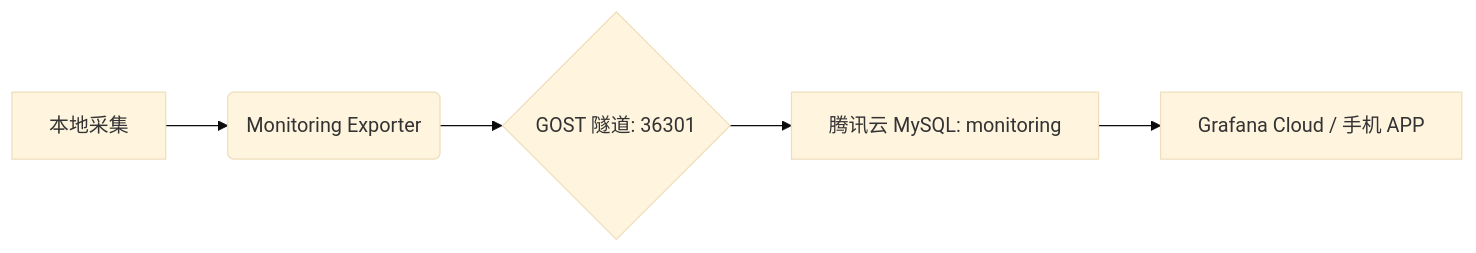
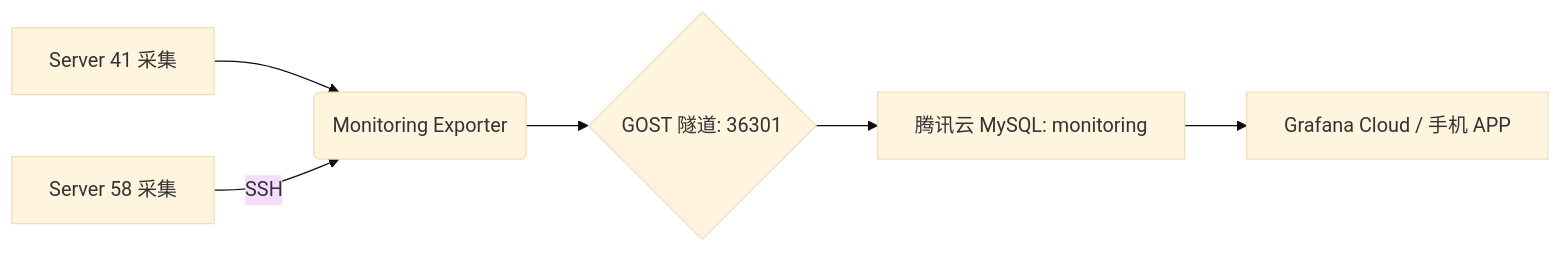
Before and after one commit to bxgh/microservice-stock-ck: the diagram in services/monitoring-exporter/README.md, drawn with Mermaid (base theme). The commit also changed other lines of this file and 7 other files, not shown here.

Commit message:
feat: Implement comprehensive monitoring for server resources, service health, Docker, and ClickHouse business metrics, including database setup and Grafana dashboards.

````diff
--- a/services/monitoring-exporter/README.md
+++ b/services/monitoring-exporter/README.md
@@ -11,7 +11,8 @@
 ```mermaid
 graph LR
-    A[本地采集] --> B(Monitoring Exporter)
-    B --> C{GOST 隧道: 36301}
-    C --> D[腾讯云 MySQL: monitoring]
-    D --> E[Grafana Cloud / 手机 APP]
+    A[Server 41 采集] --> B(Monitoring Exporter)
+    C[Server 58 采集] -->|SSH| B
+    B --> D{GOST 隧道: 36301}
+    D --> E[腾讯云 MySQL: monitoring]
+    E --> F[Grafana Cloud / 手机 APP]
 ```
````
